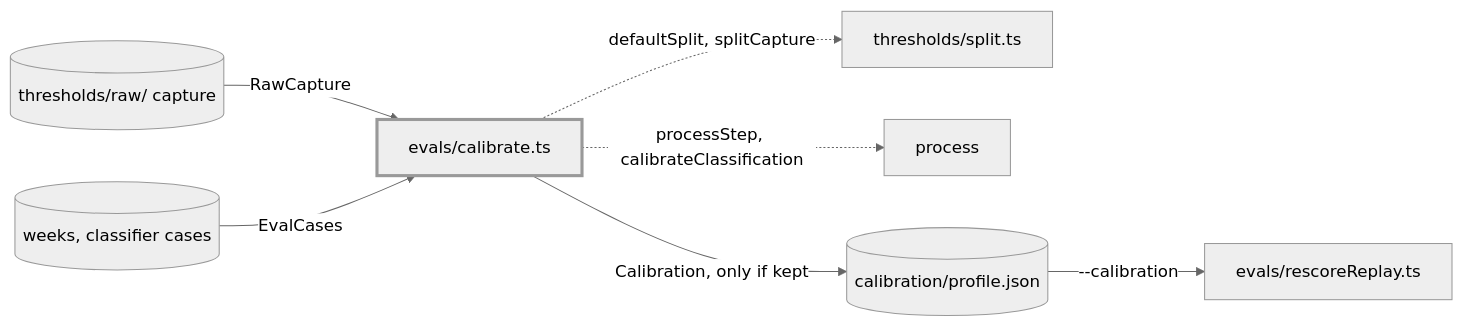
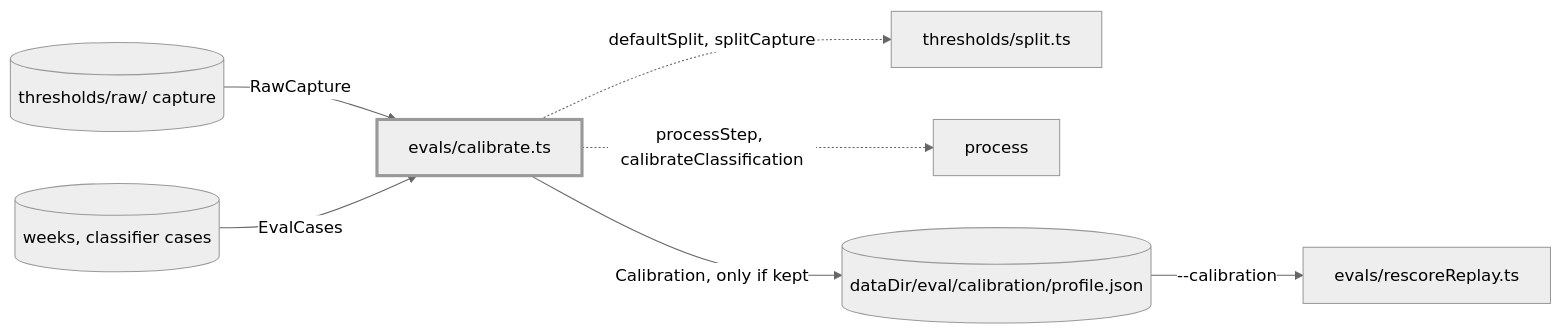
The first of 2 diagrams in evals/calibration/CLAUDE.md (odere-pro/weekly-engineering-digest-agent), drawn with Mermaid (neutral theme) before and after one commit. The commit also changed other lines of this file and 2 other files, not shown here.

First line of the commit message:
fix(evals): calibrate --write saves under the data folder (W12-03)

````diff
--- a/evals/calibration/CLAUDE.md
+++ b/evals/calibration/CLAUDE.md
@@ -9,10 +9,10 @@
 ```mermaid
 flowchart LR
   raw[("thresholds/raw/ capture")] -->|"RawCapture"| calibrate["evals/calibrate.ts"]:::focus
   data[("weeks, classifier cases")] -->|"EvalCases"| calibrate
   calibrate -.->|"defaultSplit, splitCapture"| split["thresholds/split.ts"]
   calibrate -.->|"processStep, calibrateClassification"| process
-  calibrate -->|"Calibration, only if kept"| file[("calibration/profile.json")]
+  calibrate -->|"Calibration, only if kept"| file[("dataDir/eval/calibration/profile.json")]
   file -->|"--calibration"| rescore["evals/rescoreReplay.ts"]
   classDef focus stroke-width:3px
 ```
````
